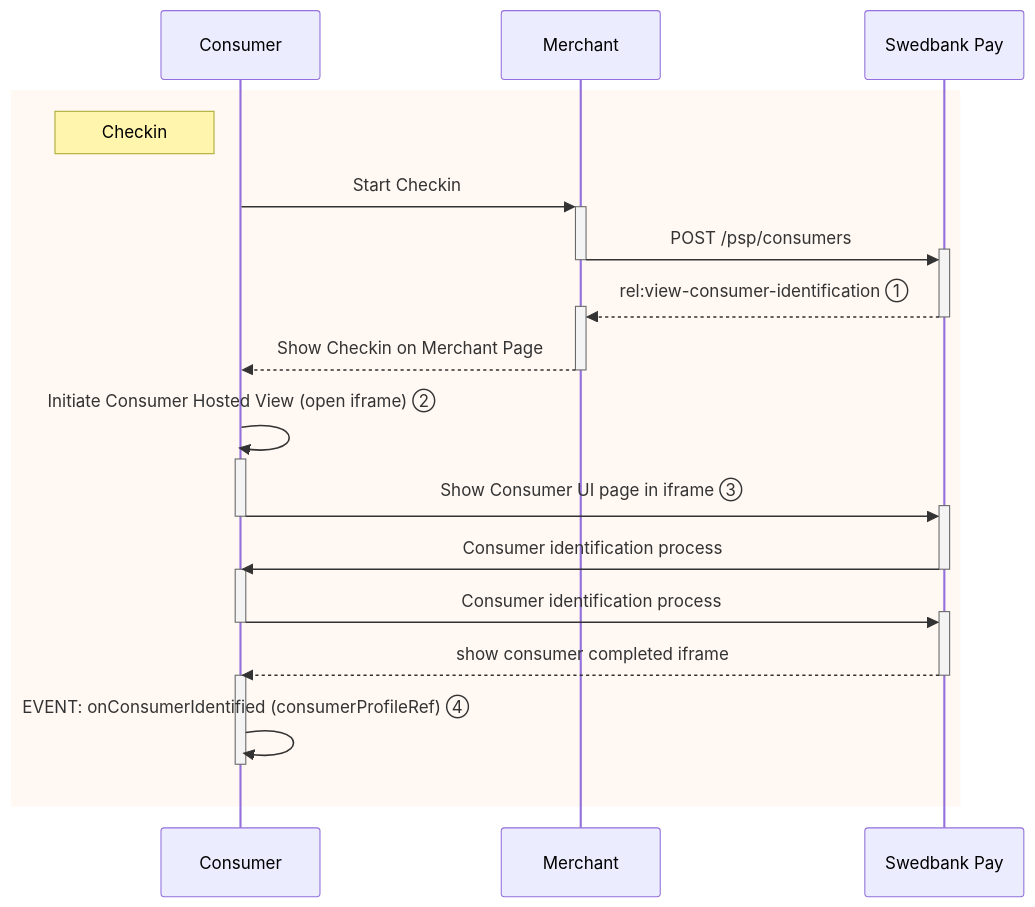
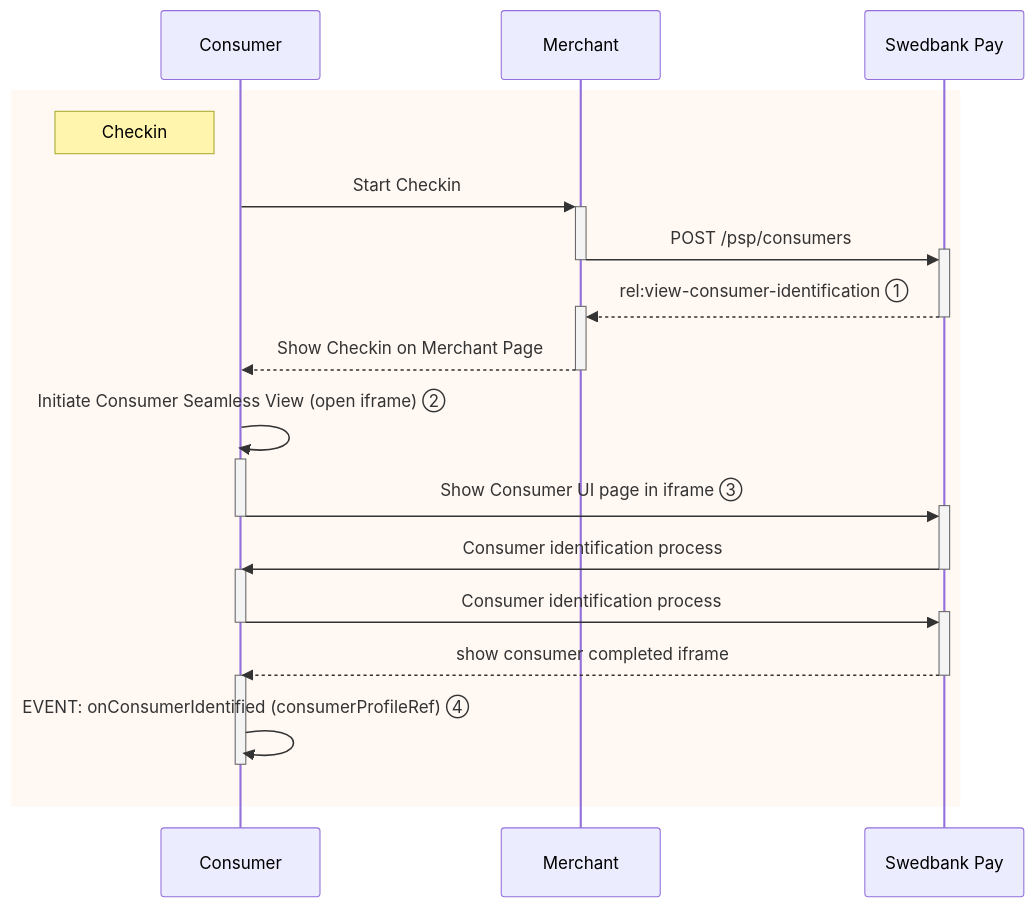
Before and after one commit to SwedbankPay/developer.swedbankpay.com: the diagram in checkout/checkin.md, drawn with Mermaid. The commit also changed 20 other files, not shown here.

Commit message:
DX-1274: It's called Seamless, not Hosted, View

````diff
--- a/checkout/checkin.md
+++ b/checkout/checkin.md
@@ -233,29 +233,29 @@
 ```mermaid
 sequenceDiagram
     participant Consumer
     participant Merchant
     participant SwedbankPay as Swedbank Pay
 
         rect rgba(238, 112, 35, 0.05)
             note left of Consumer: Checkin
 
     Consumer ->>+ Merchant: Start Checkin
     Merchant ->>+ SwedbankPay: POST /psp/consumers
     deactivate Merchant
     SwedbankPay -->>+ Merchant: rel:view-consumer-identification ①
     deactivate SwedbankPay
     Merchant -->>- Consumer: Show Checkin on Merchant Page
 
-    Consumer ->>+ Consumer: Initiate Consumer Hosted View (open iframe) ②
+    Consumer ->>+ Consumer: Initiate Consumer Seamless View (open iframe) ②
     Consumer ->>+ SwedbankPay: Show Consumer UI page in iframe ③
     deactivate Consumer
     SwedbankPay ->>- Consumer: Consumer identification process
     activate Consumer
     Consumer ->>+ SwedbankPay: Consumer identification process
     deactivate Consumer
     SwedbankPay -->>- Consumer: show consumer completed iframe
     activate Consumer
     Consumer ->> Consumer: EVENT: onConsumerIdentified (consumerProfileRef) ④
     deactivate Consumer
     end
 ```
````
